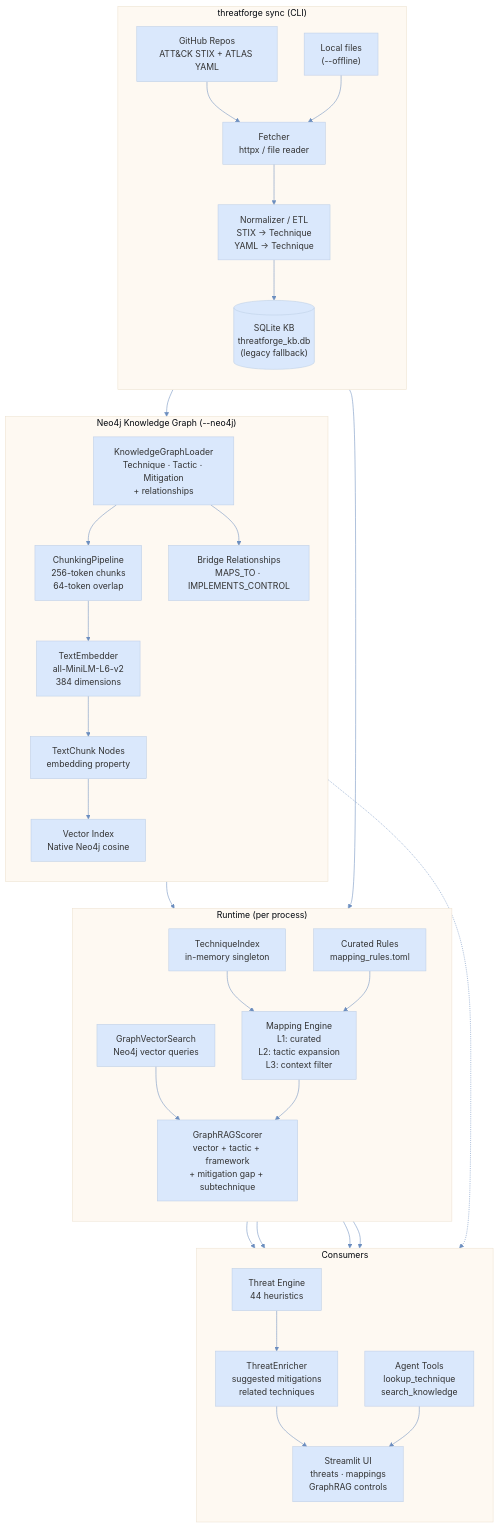
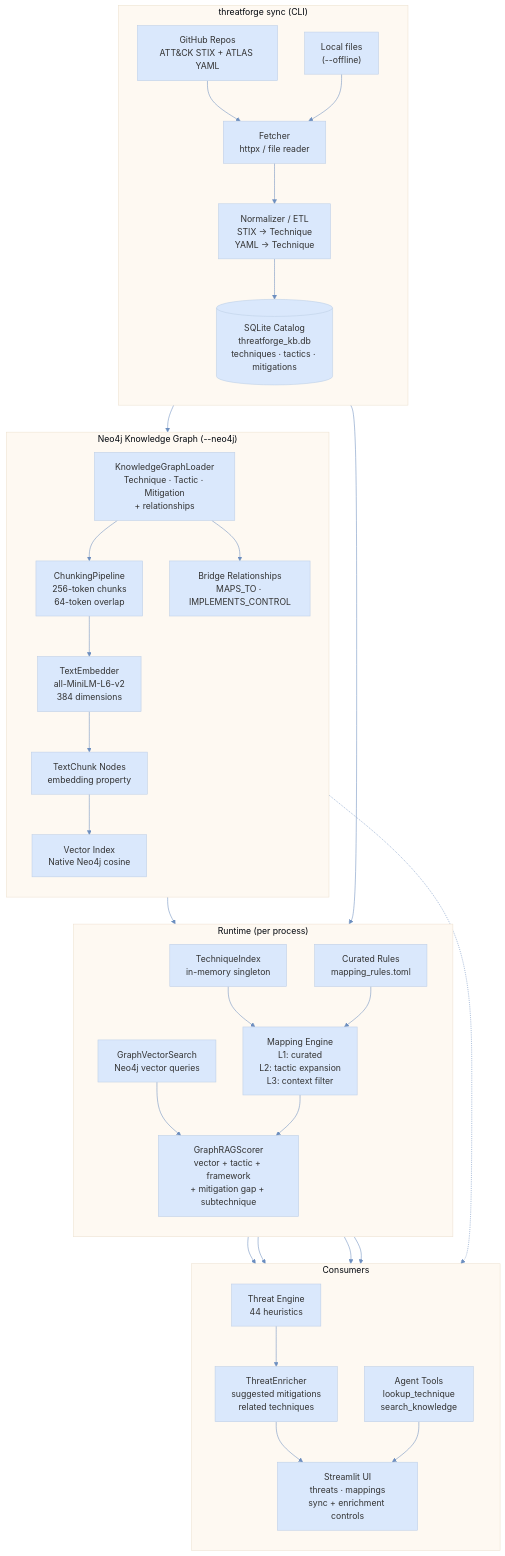
The diagram in docs/diagrams/knowledge_ingestion.mmd (zencodeai/ai-threatforge), drawn with Mermaid before and after one commit. The commit also changed 39 other files, not shown here.

Commit message:
Remove legacy vector fallback and refresh docs

```diff
--- a/docs/diagrams/knowledge_ingestion.mmd
+++ b/docs/diagrams/knowledge_ingestion.mmd
@@ -1,62 +1,62 @@
 %%{init: {'theme': 'base', 'themeVariables': {'lineColor': '#6c8ebf', 'primaryTextColor': '#333333', 'primaryColor': '#dae8fc', 'secondaryColor': '#f5f5f5'}}}%%
 flowchart TB
     subgraph SYNC["threatforge sync (CLI)"]
         direction TB
         GH["GitHub Repos<br/>ATT&CK STIX + ATLAS YAML"]
         LOCAL["Local files<br/>(--offline)"]
         FETCH["Fetcher<br/>httpx / file reader"]
         NORM["Normalizer / ETL<br/>STIX → Technique<br/>YAML → Technique"]
-        DB[("SQLite KB<br/>threatforge_kb.db<br/>(legacy fallback)")]
+        DB[("SQLite Catalog<br/>threatforge_kb.db<br/>techniques · tactics · mitigations")]
 
         GH --> FETCH
         LOCAL --> FETCH
         FETCH --> NORM
         NORM --> DB
     end
 
     subgraph NEO4J["Neo4j Knowledge Graph (--neo4j)"]
         direction TB
         KGL["KnowledgeGraphLoader<br/>Technique · Tactic · Mitigation<br/>+ relationships"]
         CHUNK["ChunkingPipeline<br/>256-token chunks<br/>64-token overlap"]
         EMBED["TextEmbedder<br/>all-MiniLM-L6-v2<br/>384 dimensions"]
         TCNODES["TextChunk Nodes<br/>embedding property"]
         VIDX["Vector Index<br/>Native Neo4j cosine"]
         BRIDGE["Bridge Relationships<br/>MAPS_TO · IMPLEMENTS_CONTROL"]
 
         NORM --> KGL
         KGL --> CHUNK
         CHUNK --> EMBED --> TCNODES --> VIDX
         KGL --> BRIDGE
     end
 
     subgraph RUNTIME["Runtime (per process)"]
         direction TB
         IDX["TechniqueIndex<br/>in-memory singleton"]
         CURATED["Curated Rules<br/>mapping_rules.toml"]
         ENGINE["Mapping Engine<br/>L1: curated<br/>L2: tactic expansion<br/>L3: context filter"]
         GVS["GraphVectorSearch<br/>Neo4j vector queries"]
         GSCORER["GraphRAGScorer<br/>vector + tactic + framework<br/>+ mitigation gap + subtechnique"]
 
         DB --> IDX
         IDX --> ENGINE
         CURATED --> ENGINE
         VIDX --> GVS --> GSCORER
         ENGINE --> GSCORER
     end
 
     subgraph CONSUMERS["Consumers"]
         direction TB
         THREATS["Threat Engine<br/>44 heuristics"]
         ENRICHER["ThreatEnricher<br/>suggested mitigations<br/>related techniques"]
         TOOLS["Agent Tools<br/>lookup_technique<br/>search_knowledge"]
-        UI["Streamlit UI<br/>threats · mappings<br/>GraphRAG controls"]
+        UI["Streamlit UI<br/>threats · mappings<br/>sync + enrichment controls"]
     end
 
     ENGINE --> THREATS
     GSCORER --> THREATS
     KGL -.-> ENRICHER
     THREATS --> ENRICHER
     ENGINE --> TOOLS
     IDX --> TOOLS
     ENRICHER --> UI
     TOOLS --> UI
```
